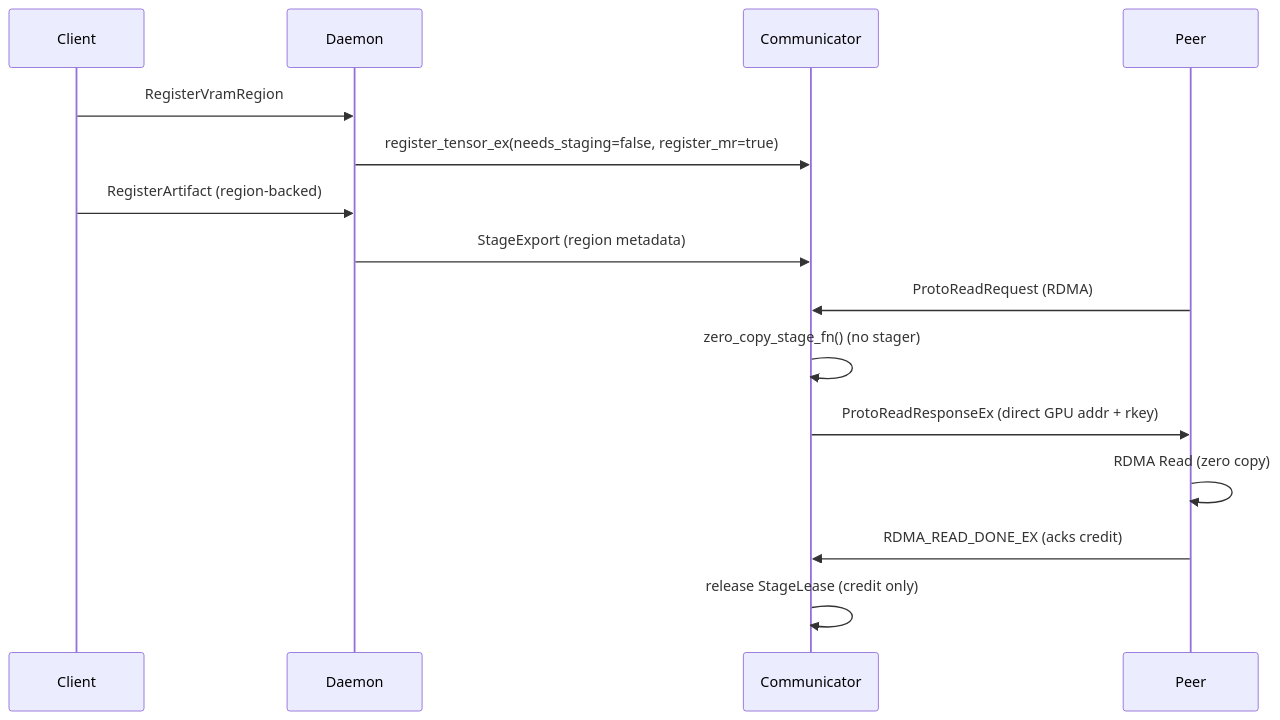
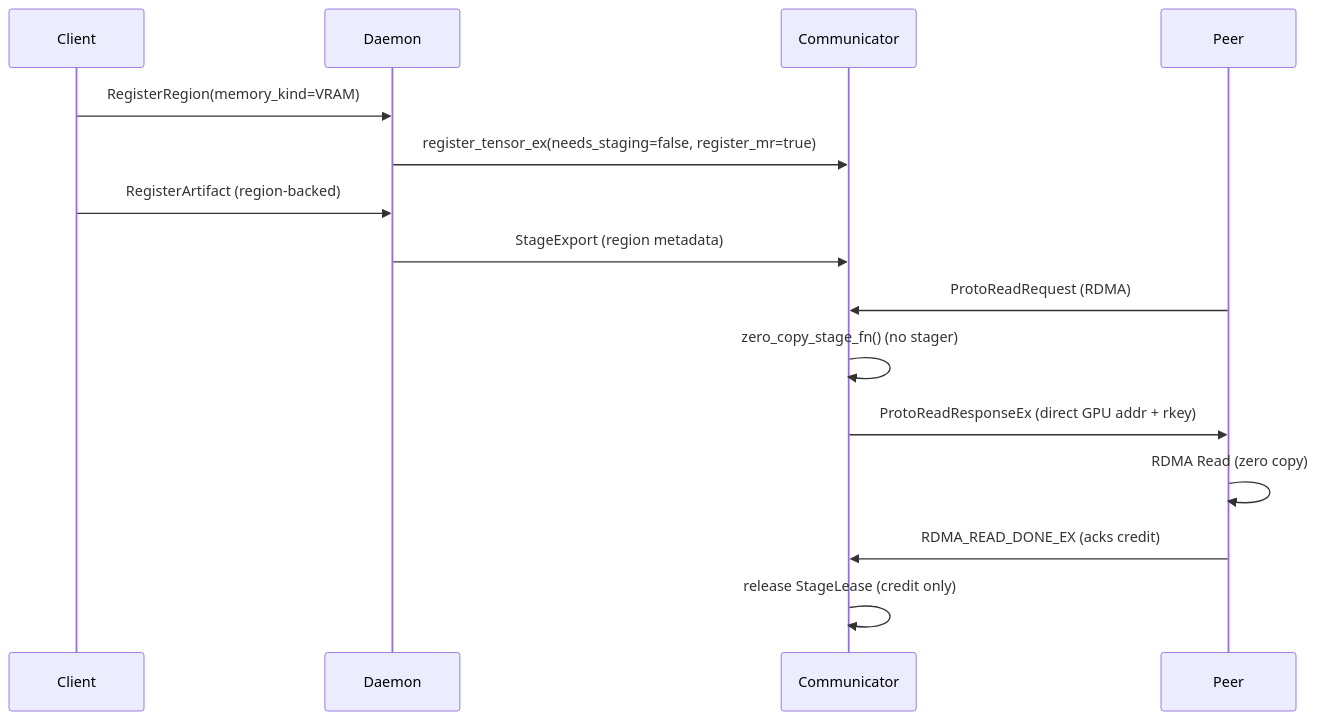
Before and after one commit to tensorcast-ai/tensorcast: the diagram in docs/designs/0022-zero-copy-region-rdma.md, drawn with Mermaid. The commit also changed 162 other files, not shown here.

````diff
--- a/docs/designs/0022-zero-copy-region-rdma.md
+++ b/docs/designs/0022-zero-copy-region-rdma.md
@@ -21,17 +21,17 @@
 ```mermaid
 sequenceDiagram
     participant Client
     participant Daemon
     participant Comm as Communicator
     participant Peer
-    Client->>Daemon: RegisterVramRegion
+    Client->>Daemon: RegisterRegion(memory_kind=VRAM)
     Daemon->>Comm: register_tensor_ex(needs_staging=false, register_mr=true)
     Client->>Daemon: RegisterArtifact (region-backed)
     Daemon->>Comm: StageExport (region metadata)
     Peer->>Comm: ProtoReadRequest (RDMA)
     Comm->>Comm: zero_copy_stage_fn() (no stager)
     Comm->>Peer: ProtoReadResponseEx (direct GPU addr + rkey)
     Peer->>Peer: RDMA Read (zero copy)
     Peer->>Comm: RDMA_READ_DONE_EX (acks credit)
     Comm->>Comm: release StageLease (credit only)
 ```
````
